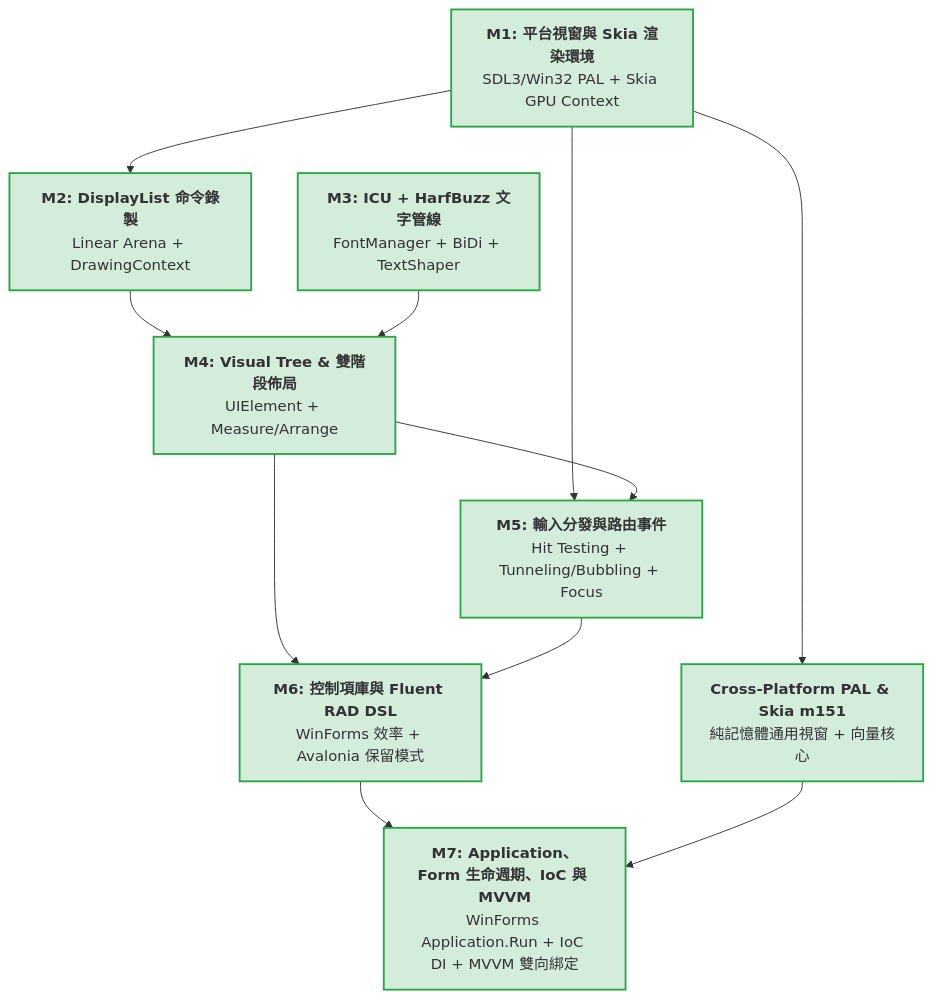
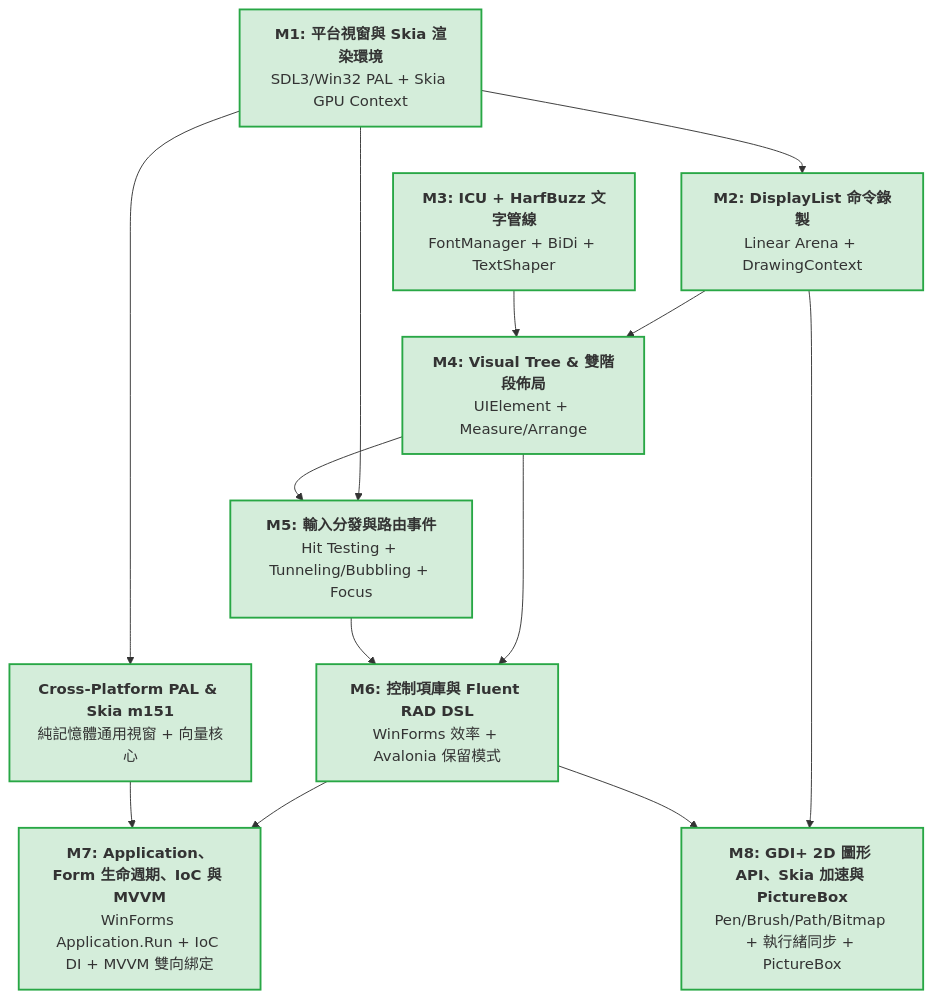
One commit to willy050209/CPP-UI changed the diagram in docs/roadmap/target_map.md. Above: the diagram before and after it, drawn with Mermaid. The commit also changed other lines of this file and 44 other files, not shown here.

First line of the commit message:
feat(graphics,examples): add GDI+ graphics API, PictureBox, Skia integration, and examples with tests

````diff
--- a/docs/roadmap/target_map.md
+++ b/docs/roadmap/target_map.md
@@ -9,25 +9,29 @@
 ```mermaid
 graph TD
     M1["<b>M1: 平台視窗與 Skia 渲染環境</b><br/>SDL3/Win32 PAL + Skia GPU Context"]
     M2["<b>M2: DisplayList 命令錄製</b><br/>Linear Arena + DrawingContext"]
     M3["<b>M3: ICU + HarfBuzz 文字管線</b><br/>FontManager + BiDi + TextShaper"]
     M4["<b>M4: Visual Tree & 雙階段佈局</b><br/>UIElement + Measure/Arrange"]
     M5["<b>M5: 輸入分發與路由事件</b><br/>Hit Testing + Tunneling/Bubbling + Focus"]
     M6["<b>M6: 控制項庫與 Fluent RAD DSL</b><br/>WinForms 效率 + Avalonia 保留模式"]
     CrossPAL["<b>Cross-Platform PAL & Skia m151</b><br/>純記憶體通用視窗 + 向量核心"]
     M7["<b>M7: Application、Form 生命週期、IoC 與 MVVM</b><br/>WinForms Application.Run + IoC DI + MVVM 雙向綁定"]
+    M8["<b>M8: GDI+ 2D 圖形 API、Skia 加速與 PictureBox</b><br/>Pen/Brush/Path/Bitmap + 執行緒同步 + PictureBox"]
 
     M1 --> M2
     M1 --> M5
     M2 --> M4
     M3 --> M4
     M4 --> M5
     M4 --> M6
     M5 --> M6
     M1 --> CrossPAL
     M6 --> M7
     CrossPAL --> M7
+    M2 --> M8
+    M6 --> M8
 
     classDef done fill:#d4edda,stroke:#28a745,stroke-width:2px;
-    class M1,M2,M3,M4,M5,M6,CrossPAL,M7 done;
+    classDef planned fill:#fff3cd,stroke:#ffc107,stroke-width:2px;
+    class M1,M2,M3,M4,M5,M6,CrossPAL,M7,M8 done;
 ```
````
